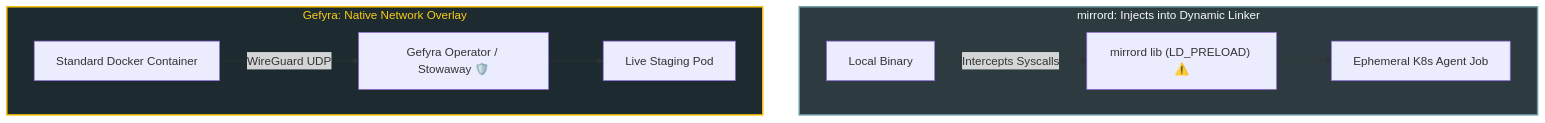
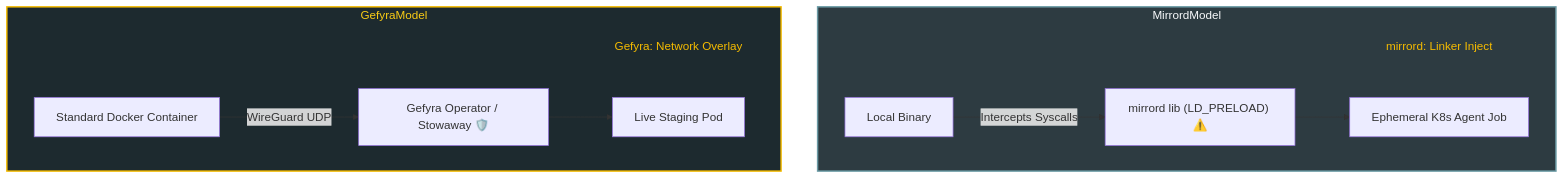
One commit to gefyrahq/gefyra changed the diagram in gefyra-docs/content/en/7.comparisons/2.gefyra-vs-mirrord.md. Above: the diagram before and after it, drawn with Mermaid. The commit also changed 11 other files, not shown here.

Commit message:
docs(#MARKETING-1226): enhance Mermaid diagrams and typography for improved clarity and consistency across documentation

````diff
--- a/gefyra-docs/content/en/7.comparisons/2.gefyra-vs-mirrord.md
+++ b/gefyra-docs/content/en/7.comparisons/2.gefyra-vs-mirrord.md
@@ -39,19 +39,23 @@
 ```mermaid
 flowchart TD
-    subgraph MirrordModel["mirrord: Injects into Dynamic Linker"]
+    subgraph MirrordModel
         direction LR
+        MirrordTitle[["mirrord: Linker Inject"]]
         LocalProcess["Local Binary"] -->|Intercepts Syscalls| HookLib["mirrord lib (LD_PRELOAD) ⚠️"]
         HookLib --> AgentJob["Ephemeral K8s Agent Job"]
     end
 
-    subgraph GefyraModel["Gefyra: Native Network Overlay"]
+    subgraph GefyraModel
         direction LR
+        GefyraTitle[["Gefyra: Network Overlay"]]
         DockerContainer["Standard Docker Container"] -->|WireGuard UDP| StowawayGateway["Gefyra Operator / Stowaway 🛡️"]
         StowawayGateway --> RealPod["Live Staging Pod"]
     end
 
+    classDef groupTitle fill:transparent,stroke:none,color:#f6bc00;
     classDef hook fill:#2d3b41,stroke:#6b9ba5,stroke-width:2px,color:#f8fafc;
     classDef overlay fill:#1d2a2f,stroke:#f6bc00,stroke-width:2px,color:#facc15;
+    class MirrordTitle,GefyraTitle groupTitle;
     class MirrordModel hook;
     class GefyraModel overlay;
 ```
````
